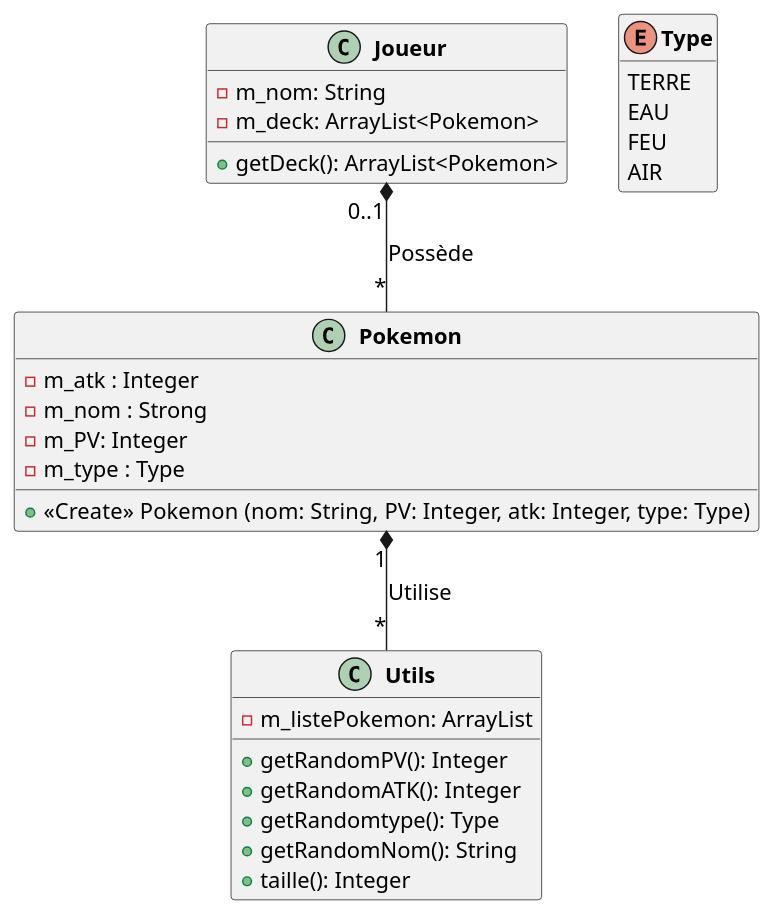
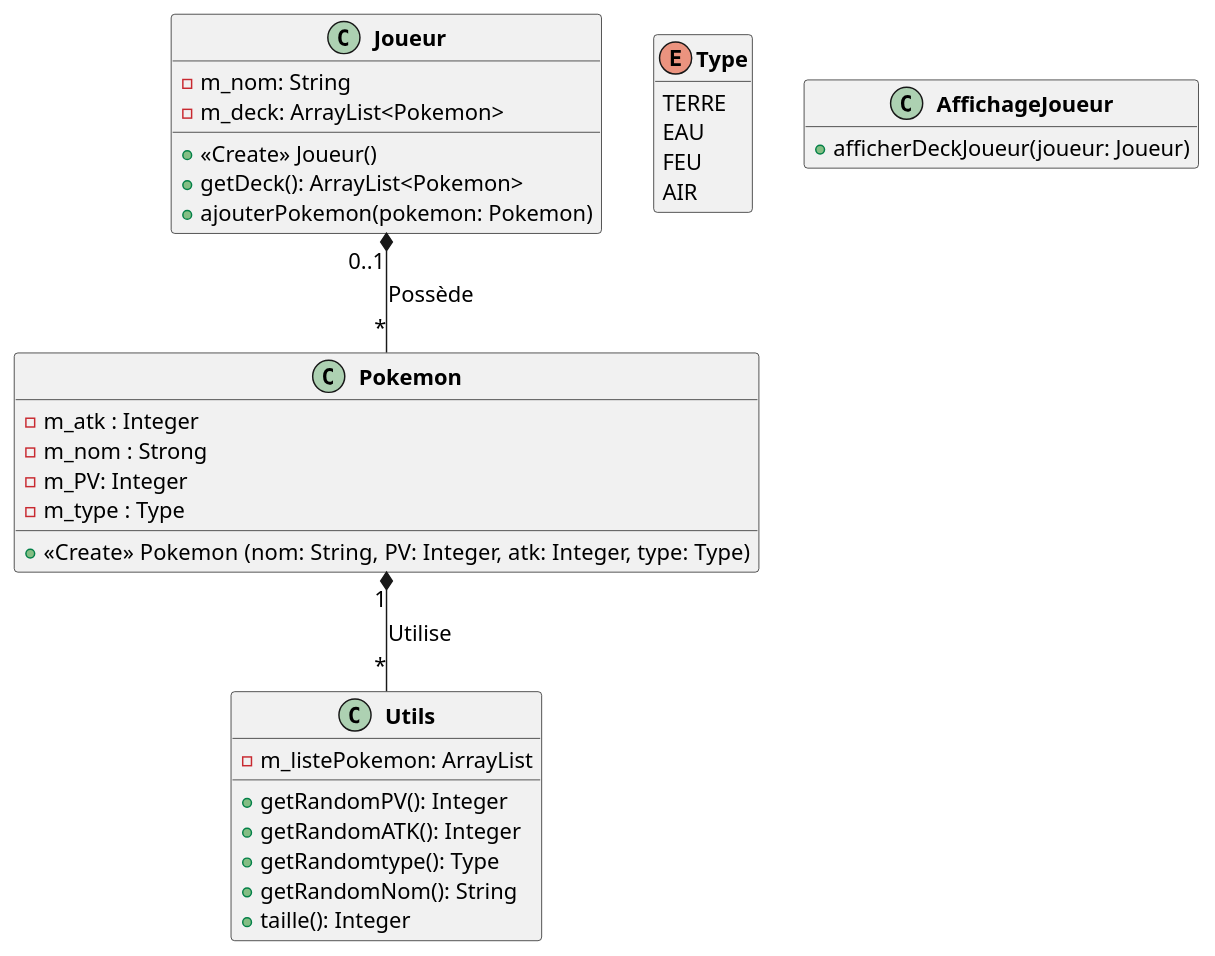
The diagram in uml/semaine1.puml (julot424/POOkemon), drawn with PlantUML before and after one commit.

Commit message:
UPDATE semaine1, Ajout class AffichageJoueur pour afficher le deck d'un joueur

```diff
--- a/uml/semaine1.puml
+++ b/uml/semaine1.puml
@@ -1,39 +1,45 @@
 @startuml
 scale 1
 skinparam classFontStyle Bold
 skinparam defaultFontSize 15
 hide empty members
 skinparam classAttribute IconSize 0
 skinparam classFontStyle Bold
 hide enum methods
 
 
 class Pokemon{
     -m_atk : Integer
     -m_nom : Strong
     -m_PV: Integer
     -m_type : Type
     +<<Create>> Pokemon (nom: String, PV: Integer, atk: Integer, type: Type)
 }
 enum Type{
         TERRE
         EAU
         FEU
         AIR
 }
 class Utils{
     -m_listePokemon: ArrayList
     +getRandomPV(): Integer
     +getRandomATK(): Integer
     +getRandomtype(): Type
     +getRandomNom(): String
     +taille(): Integer
 }
 class Joueur{
     -m_nom: String
     -m_deck: ArrayList<Pokemon>
+    +<<Create>> Joueur()
     +getDeck(): ArrayList<Pokemon>
+    +ajouterPokemon(pokemon: Pokemon)
 }
+class AffichageJoueur{
+    +afficherDeckJoueur(joueur: Joueur)
+}
+
 Pokemon "1" *-- "*" Utils : Utilise
 Joueur "0..1" *-- "*" Pokemon : Possède
 @enduml
```
